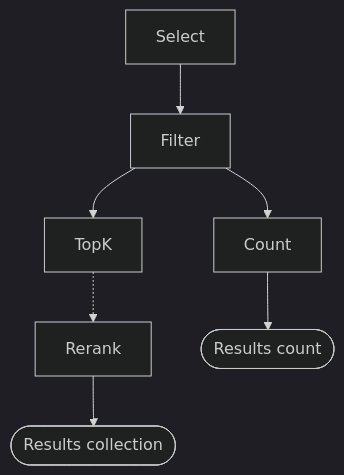
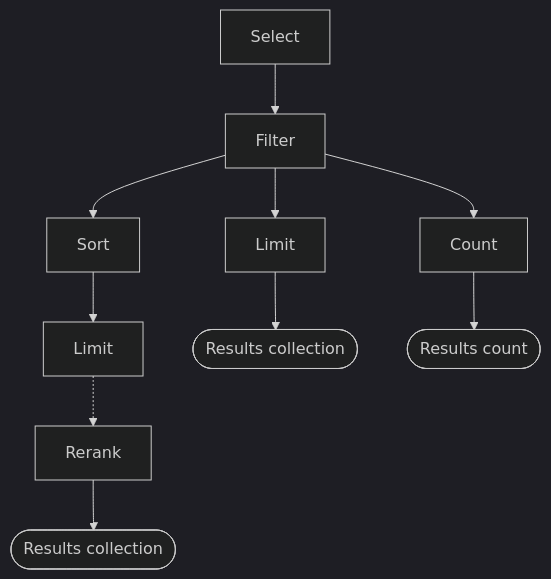
The diagram in docs/documents/query.mdx (topk-io/topk), drawn with Mermaid (dark theme) before and after one commit. The commit also changed other lines of this file and 12 other files, not shown here.

Commit message:
[docs] sort and limit

````diff
--- a/docs/documents/query.mdx
+++ b/docs/documents/query.mdx
@@ -29,10 +29,13 @@
 ```mermaid
 flowchart TD
     A[Select]
     A --> B[Filter]
-    B --> C[TopK]
-    B --> E[Count]
-    C -.-> D[Rerank]
-    D --> G@{ shape: stadium, label: "Results collection" }
-    E --> H@{ shape: stadium, label: "Results count" }
+    B --> C[Sort]
+    C --> D[Limit]
+    D -.-> E[Rerank]
+    E --> F@{ shape: stadium, label: "Results collection" }
+    B --> G[Limit]
+    G --> H@{ shape: stadium, label: "Results collection" }
+    B --> I[Count]
+    I --> J@{ shape: stadium, label: "Results count" }
 ```
````
